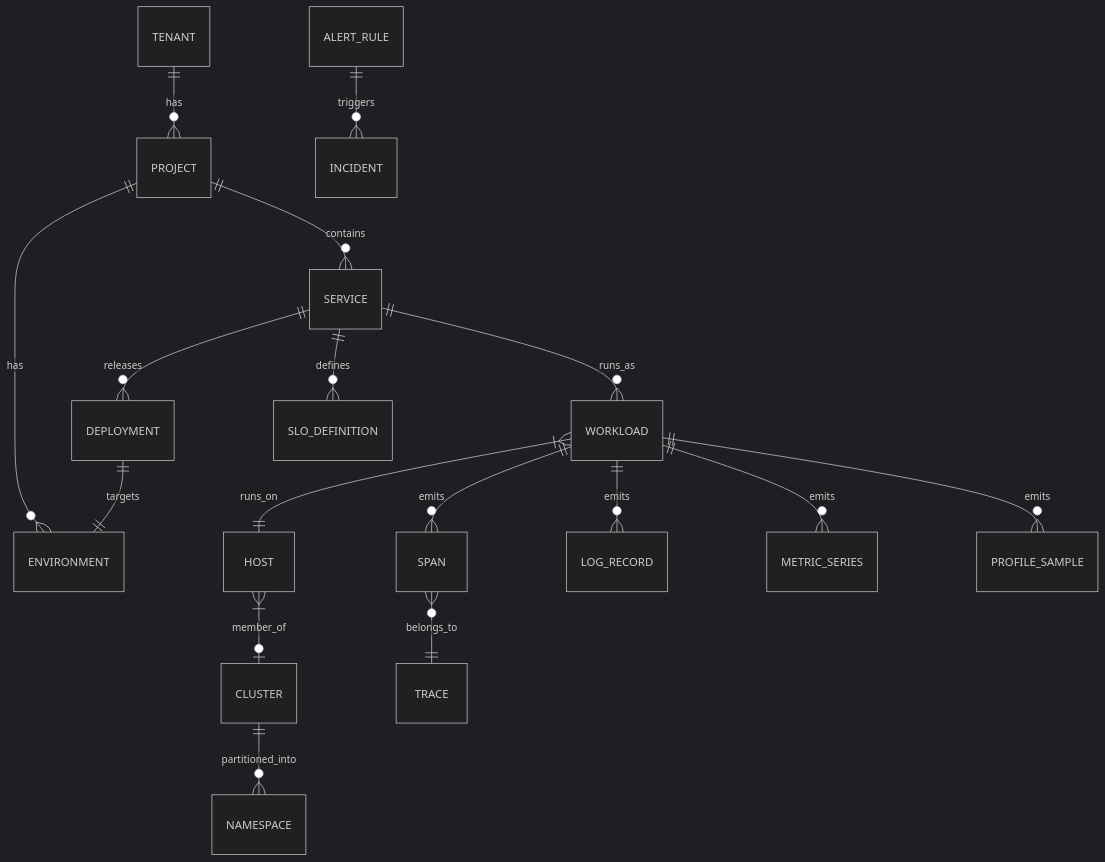
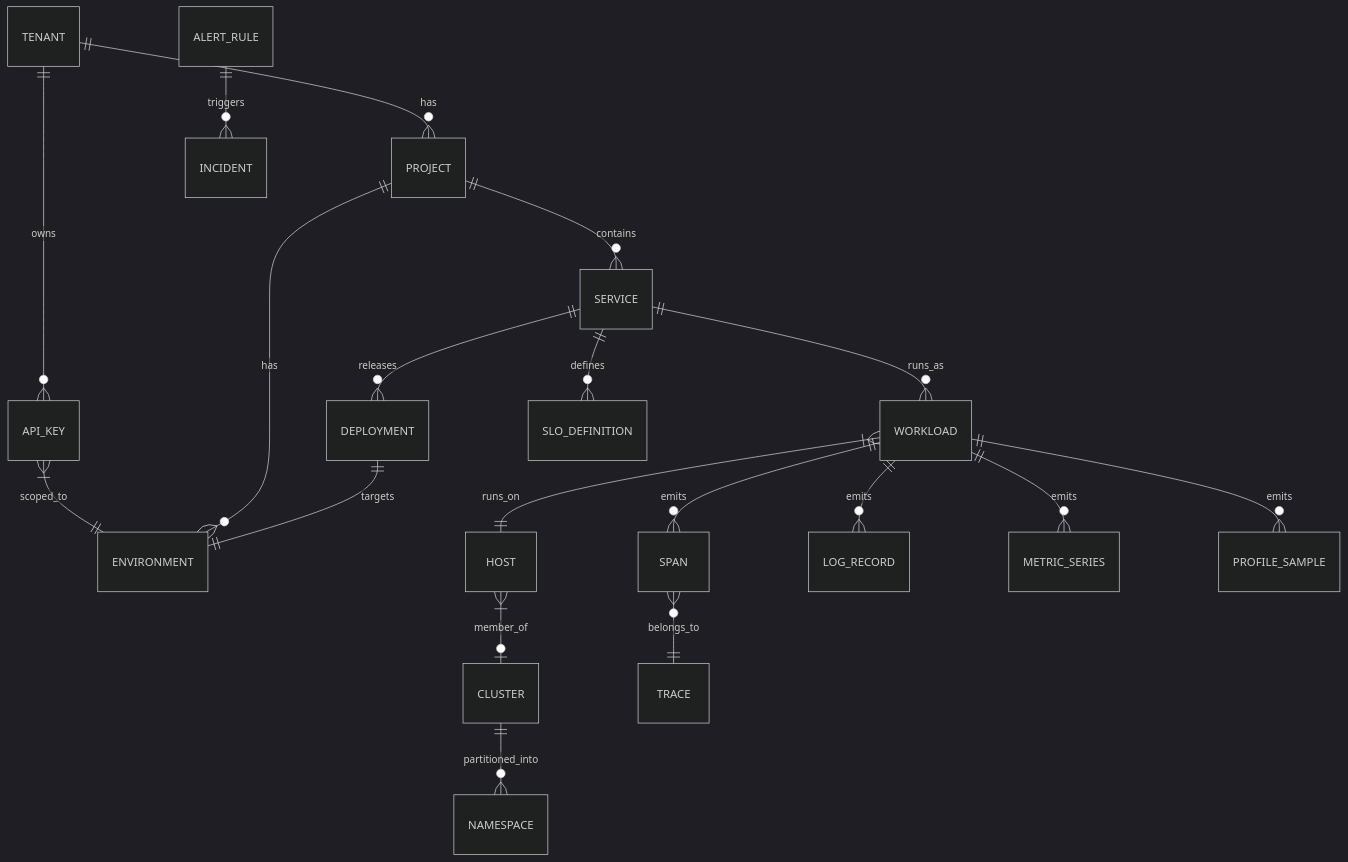
One commit to ktjn/observable changed the diagram in spec/14-domain-model.md. Above: the diagram before and after it, drawn with Mermaid (dark theme). The commit also changed other lines of this file and 5 other files, not shown here.

````diff
--- a/spec/14-domain-model.md
+++ b/spec/14-domain-model.md
@@ -348,19 +357,21 @@
 ```mermaid
 erDiagram
     TENANT ||--o{ PROJECT : has
+    TENANT ||--o{ API_KEY : owns
+    API_KEY }|--|| ENVIRONMENT : scoped_to
     PROJECT ||--o{ ENVIRONMENT : has
     PROJECT ||--o{ SERVICE : contains
     SERVICE ||--o{ WORKLOAD : runs_as
     SERVICE ||--o{ DEPLOYMENT : releases
     DEPLOYMENT ||--|| ENVIRONMENT : targets
     WORKLOAD }|--|| HOST : runs_on
     HOST }|--o| CLUSTER : member_of
     CLUSTER ||--o{ NAMESPACE : partitioned_into
     WORKLOAD ||--o{ SPAN : emits
     SPAN }o--|| TRACE : belongs_to
     WORKLOAD ||--o{ LOG_RECORD : emits
     WORKLOAD ||--o{ METRIC_SERIES : emits
     WORKLOAD ||--o{ PROFILE_SAMPLE : emits
     SERVICE ||--o{ SLO_DEFINITION : defines
     ALERT_RULE ||--o{ INCIDENT : triggers
 ```
````
